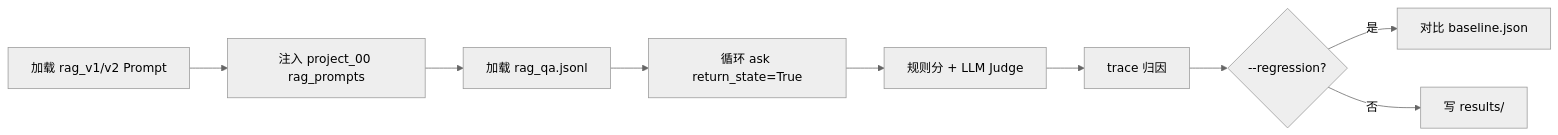
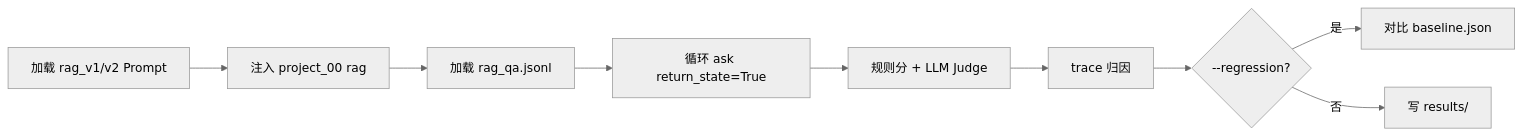
The third of 21 diagrams in project_00_rag_agent/docs/architecture.md (charlie-chann/ai-agent-langgraph-main), drawn with Mermaid (neutral theme) before and after one commit. The commit also changed other lines of this file and 67 other files, not shown here.

Commit message:
feat(project_00): 拆分 RAG/ReAct graphs 并增强 agent factory

````diff
--- a/project_00_rag_agent/docs/architecture.md
+++ b/project_00_rag_agent/docs/architecture.md
@@ -289,11 +291,11 @@
 ```mermaid
 flowchart LR
-    E1[加载 rag_v1/v2 Prompt] --> E2[注入 project_00 rag_prompts]
+    E1[加载 rag_v1/v2 Prompt] --> E2[注入 project_00 rag]
     E2 --> E3[加载 rag_qa.jsonl]
     E3 --> E4[循环 ask return_state=True]
     E4 --> E5[规则分 + LLM Judge]
     E5 --> E6[trace 归因]
     E6 --> E7{--regression?}
     E7 -->|是| E8[对比 baseline.json]
     E7 -->|否| E9[写 results/]
 ```
````
